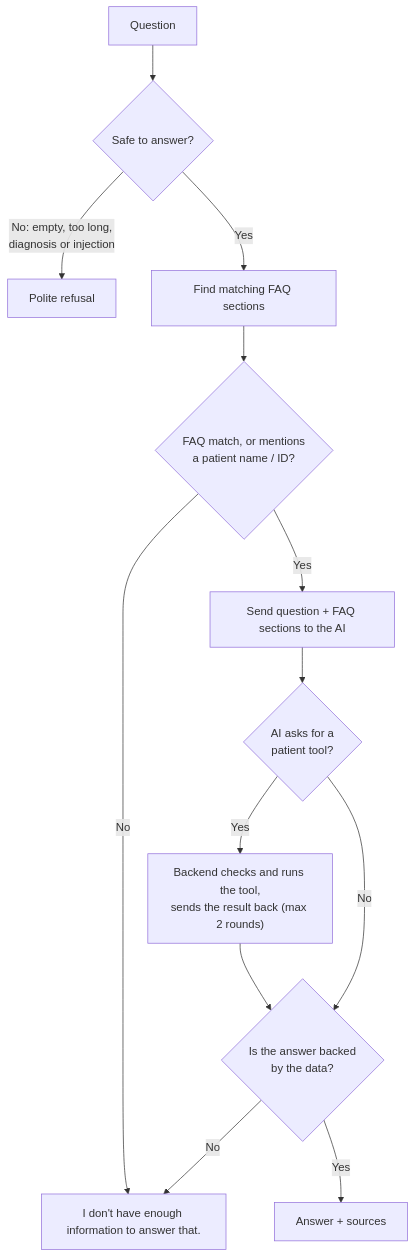
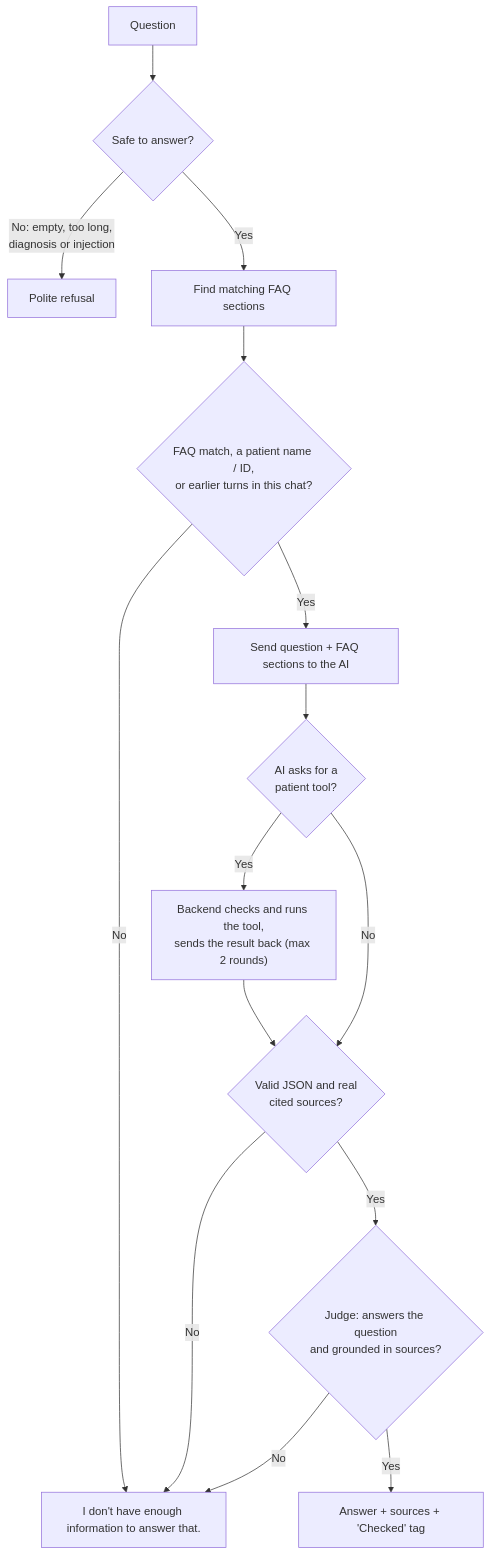
The second of 2 diagrams in README.md (Jag2007/Patient_Management), drawn with Mermaid before and after one commit. The commit also changed other lines of this file, not shown here.

Commit message:
docs: readme for setup folder, architecture note, tool requirement, bonus status and new features

````diff
--- a/README.md
+++ b/README.md
@@ -238,15 +268,17 @@
 ```mermaid
 flowchart TD
     A["Question"] --> B{"Safe to answer?"}
     B -- "No: empty, too long,<br/>diagnosis or injection" --> X["Polite refusal"]
     B -- Yes --> C["Find matching FAQ sections"]
-    C --> C2{"FAQ match, or mentions<br/>a patient name / ID?"}
+    C --> C2{"FAQ match, a patient name / ID,<br/>or earlier turns in this chat?"}
     C2 -- No --> Y
     C2 -- Yes --> D["Send question + FAQ sections to the AI"]
     D --> E{"AI asks for a<br/>patient tool?"}
     E -- Yes --> F["Backend checks and runs the tool,<br/>sends the result back (max 2 rounds)"]
     F --> G
-    E -- No --> G{"Is the answer backed<br/>by the data?"}
+    E -- No --> G{"Valid JSON and real<br/>cited sources?"}
     G -- No --> Y["I don't have enough information to answer that."]
-    G -- Yes --> Z["Answer + sources"]
+    G -- Yes --> J{"Judge: answers the question<br/>and grounded in sources?"}
+    J -- No --> Y
+    J -- Yes --> Z["Answer + sources + 'Checked' tag"]
 ```
````
